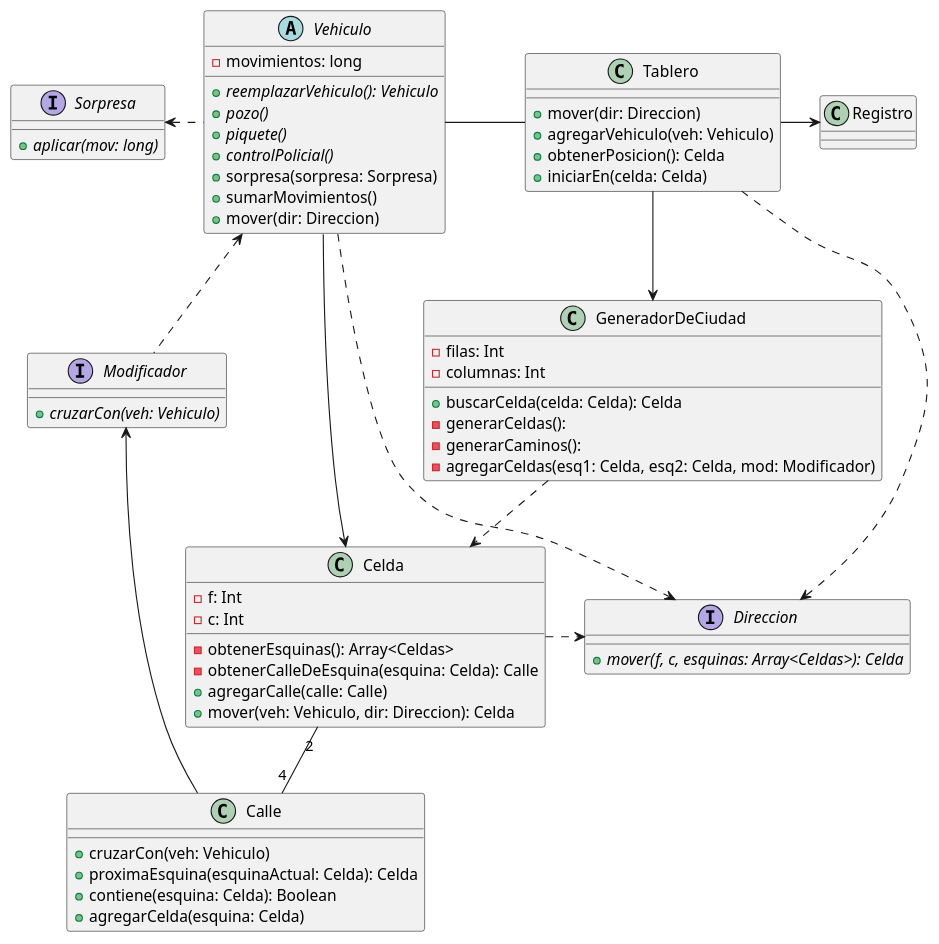
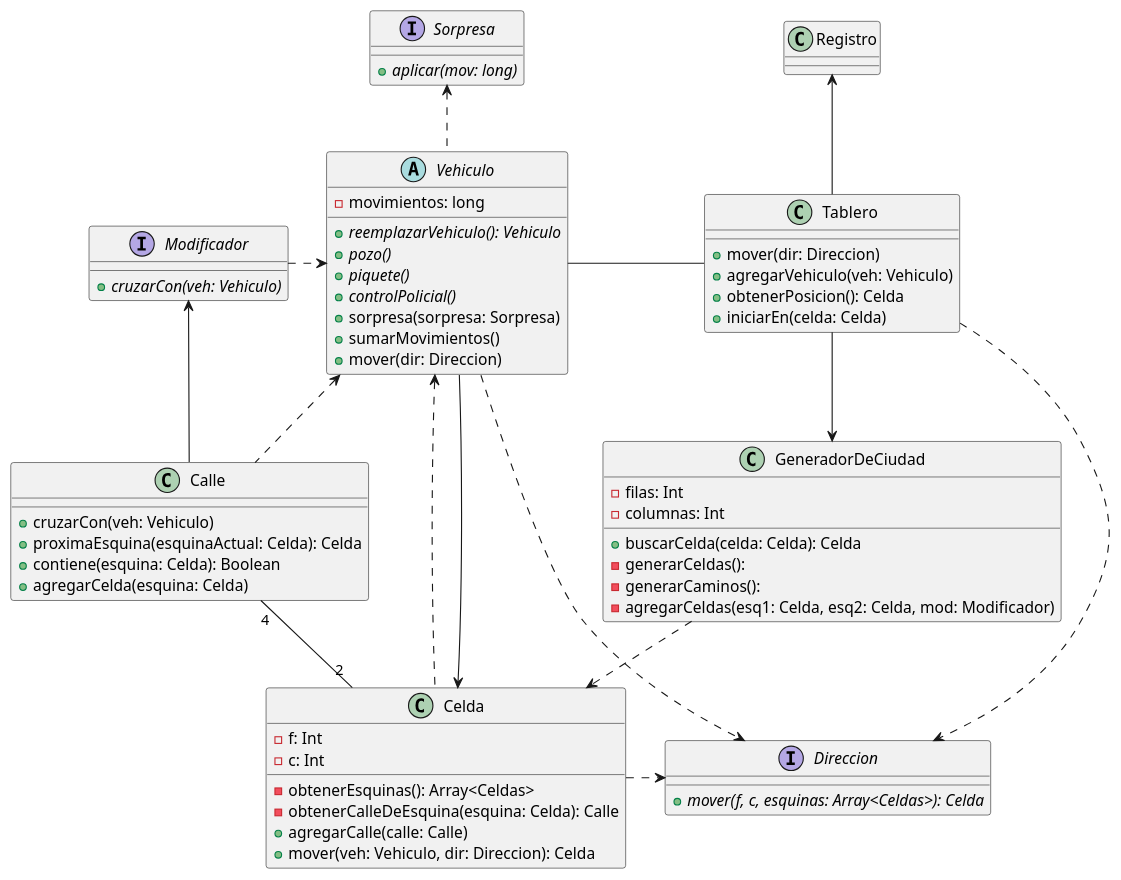
Before and after one commit to tomasayala/algo3_tp2_1C2022: the first of 4 diagrams in diagrams/classes/modelo-alternativo/modelo-alternativo.plantuml, drawn with PlantUML. The commit also changed 6 other files, not shown here.

```diff
--- a/diagrams/classes/modelo-alternativo/modelo-alternativo.plantuml
+++ b/diagrams/classes/modelo-alternativo/modelo-alternativo.plantuml
@@ -1,77 +1,79 @@
 @startuml modelo-actual
 
 class Tablero {
     + mover(dir: Direccion)
     + agregarVehiculo(veh: Vehiculo)
     + obtenerPosicion(): Celda
     + iniciarEn(celda: Celda)
 }
 
 class Calle {
     + cruzarCon(veh: Vehiculo)
     + proximaEsquina(esquinaActual: Celda): Celda
     + contiene(esquina: Celda): Boolean
     + agregarCelda(esquina: Celda)
 }
 
 abstract Vehiculo {
     - movimientos: long
 
     + {abstract} reemplazarVehiculo(): Vehiculo
     + {abstract} pozo()
     + {abstract} piquete()
     + {abstract} controlPolicial()
     + sorpresa(sorpresa: Sorpresa)
     + sumarMovimientos()
     + mover(dir: Direccion)
 }
 
 interface Sorpresa {
     + {abstract} aplicar(mov: long)
 }
 
 interface Modificador {
     + {abstract} cruzarCon(veh: Vehiculo)
 }
 
 class Celda {
     - f: Int
     - c: Int
 
     - obtenerEsquinas(): Array<Celdas>
     - obtenerCalleDeEsquina(esquina: Celda): Calle
     + agregarCalle(calle: Calle)
     + mover(veh: Vehiculo, dir: Direccion): Celda
 }
 
 class Registro {
 
 }
 
 class GeneradorDeCiudad {
     - filas: Int
     - columnas: Int
     + buscarCelda(celda: Celda): Celda
     - generarCeldas():
     - generarCaminos():
     - agregarCeldas(esq1: Celda, esq2: Celda, mod: Modificador)
 }
 
 interface Direccion {
     + {abstract} mover(f, c, esquinas: Array<Celdas>): Celda
 }
 
+Calle .up.> Vehiculo
+Celda .left.> Vehiculo
 Vehiculo ..> Direccion
-Vehiculo .left.> Sorpresa
+Vehiculo .up.> Sorpresa
 Tablero -left- Vehiculo
 Tablero --> GeneradorDeCiudad
 GeneradorDeCiudad .down.> Celda
 Vehiculo --> Celda
-Tablero -right-> Registro
-Calle -left-> Modificador
-Modificador .left.> Vehiculo
-Celda "2" -- "4" Calle
+Tablero -up-> Registro
+Calle -up-> Modificador
+Modificador .right.> Vehiculo
+Celda "2" -left- "4" Calle
 Tablero ..> Direccion
 Celda .right.> Direccion
 
 @enduml
```
